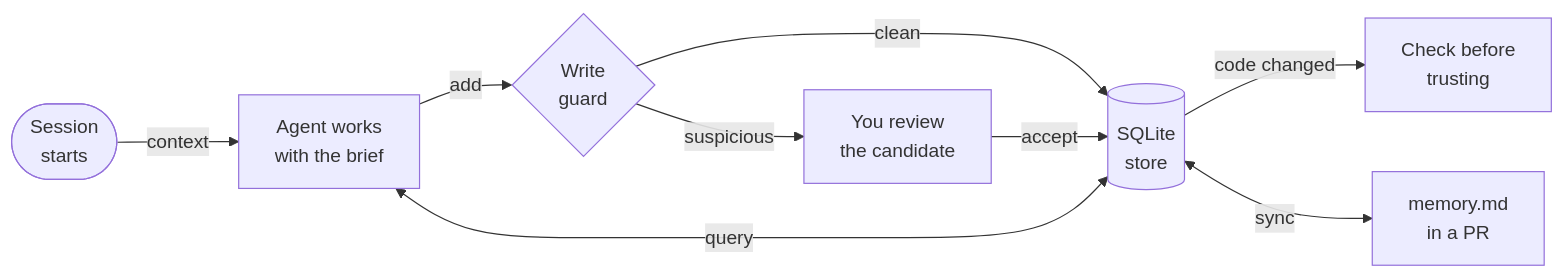
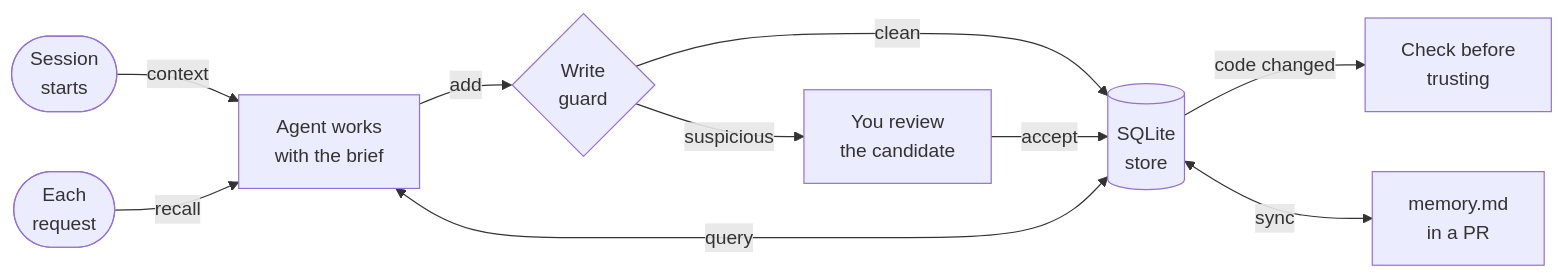
Before and after one commit to KJ-AIML/memctrl: the diagram in README.md, drawn with Mermaid. The commit also changed other lines of this file and 27 other files, not shown here.

````diff
--- a/README.md
+++ b/README.md
@@ -103,11 +103,12 @@
 ```mermaid
 flowchart LR
     start(["Session<br/>starts"]) -- "context" --> agent["Agent works<br/>with the brief"]
+    ask(["Each<br/>request"]) -- "recall" --> agent
     agent -- "add" --> guard{"Write<br/>guard"}
     guard -- "clean" --> store[("SQLite<br/>store")]
     guard -- "suspicious" --> review["You review<br/>the candidate"]
     review -- "accept" --> store
     agent <-- "query" --> store
     store -- "code changed" --> stale["Check before<br/>trusting"]
     store <-- "sync" --> md["memory.md<br/>in a PR"]
 ```
````
